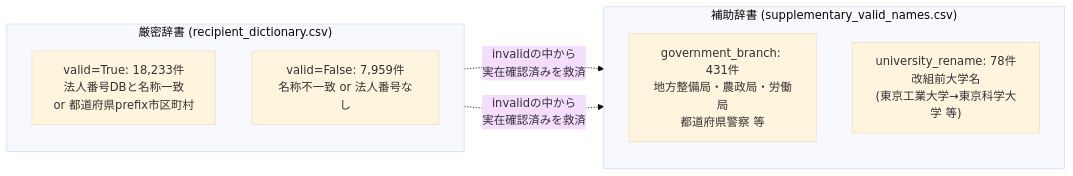
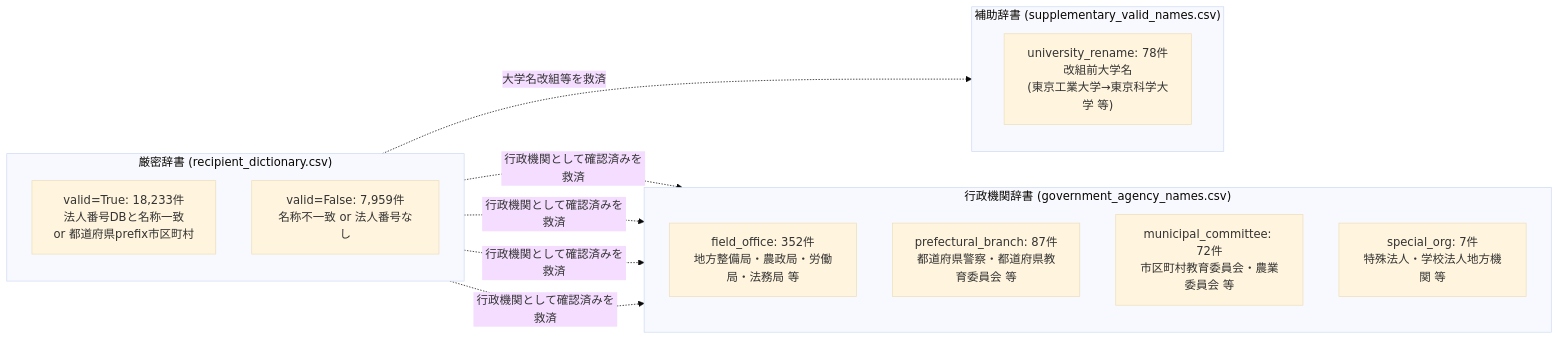
The fourth of 11 diagrams in docs/quality-scoring-guide.md (igomuni/marumie-rssystem), drawn with Mermaid (base theme) before and after one commit. The commit also changed other lines of this file and 10 other files, not shown here.

````diff
--- a/docs/quality-scoring-guide.md
+++ b/docs/quality-scoring-guide.md
@@ -107,16 +113,24 @@
 ```mermaid
 flowchart LR
     subgraph "厳密辞書 (recipient_dictionary.csv)"
         direction TB
         STRICT_V["valid=True: 18,233件<br/>法人番号DBと名称一致<br/>or 都道府県prefix市区町村"]
         STRICT_I["valid=False: 7,959件<br/>名称不一致 or 法人番号なし"]
     end
 
+    subgraph "行政機関辞書 (government_agency_names.csv)"
+        direction TB
+        GOV_FO["field_office: 352件<br/>地方整備局・農政局・労働局・法務局 等"]
+        GOV_PB["prefectural_branch: 87件<br/>都道府県警察・都道府県教育委員会 等"]
+        GOV_MC["municipal_committee: 72件<br/>市区町村教育委員会・農業委員会 等"]
+        GOV_SP["special_org: 7件<br/>特殊法人・学校法人地方機関 等"]
+    end
+
     subgraph "補助辞書 (supplementary_valid_names.csv)"
         direction TB
-        SUPP_GOV["government_branch: 431件<br/>地方整備局・農政局・労働局<br/>都道府県警察 等"]
         SUPP_UNI["university_rename: 78件<br/>改組前大学名<br/>(東京工業大学→東京科学大学 等)"]
     end
 
-    STRICT_I -.->|"invalidの中から<br/>実在確認済みを救済"| SUPP_GOV & SUPP_UNI
+    STRICT_I -.->|"行政機関として確認済みを救済"| GOV_FO & GOV_PB & GOV_MC & GOV_SP
+    STRICT_I -.->|"大学名改組等を救済"| SUPP_UNI
 ```
````
